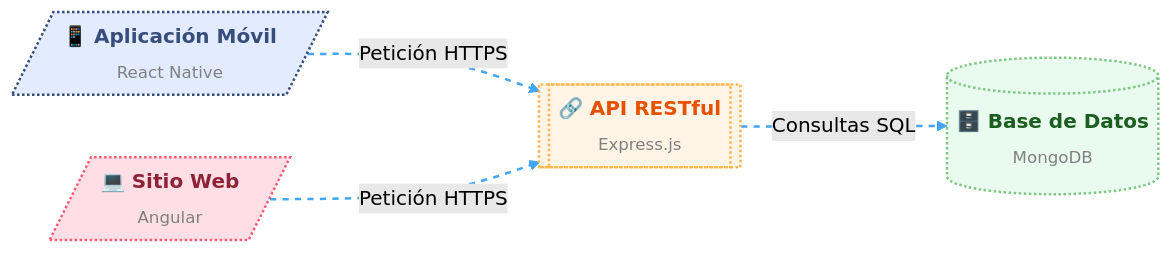
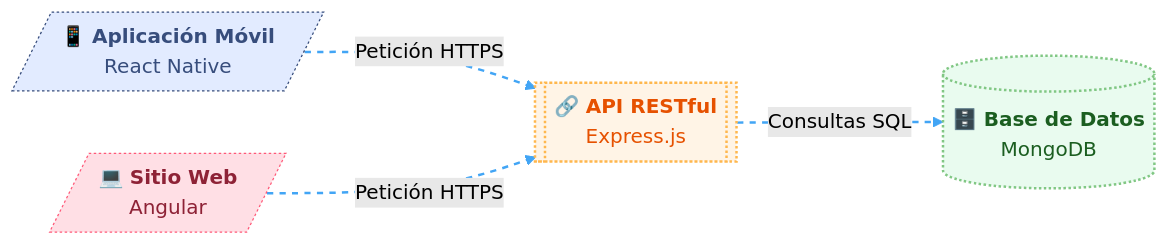
The diagram in README.md (JohnMata0427/Mobile-App-Flor-y-Cera), drawn with Mermaid (forest theme) before and after one commit. The commit also changed other lines of this file, not shown here.

````diff
--- a/README.md
+++ b/README.md
@@ -19,36 +19,25 @@
 ```mermaid
 flowchart LR
-        APP@{ label: "📱 **Aplicación Móvil**<br><sub style=\"color:gray\">React Native</sub>" }
-        WEB@{ label: "💻 **Sitio Web**<br><sub style=\"color:gray\">Angular</sub>" }
-        API@{ label: "🔗 **API RESTful**<br><sub style=\"color:gray\">Express.js</sub>" }
-        DB@{ label: "🗄️ **Base de Datos**<br><sub style=\"color:gray\">MongoDB</sub>" }
-    APP -. Petición HTTPS .-> API
-    WEB -. Petición HTTPS .-> API
-    API -. Consultas SQL .-> DB
+  APP@{ shape: lean-r, label: "📱 **Aplicación Móvil**<br>React Native" }
+  WEB@{ shape: lean-r, label: "💻 **Sitio Web**<br>Angular" }
+  API@{ shape: subproc, label: "🔗 **API RESTful**<br>Express.js" }
+  DB@{ shape: cylinder, label: "🗄️ **Base de Datos**<br>MongoDB" }
 
-    APP@{ shape: lean-r}
-    WEB@{ shape: lean-r}
-    API@{ shape: subproc}
-    DB@{ shape: cylinder}
-     APP:::application
-     APP:::Sky
-     WEB:::frontend
-     WEB:::Aqua
-     WEB:::Rose
-     API:::backend
-     DB:::db
-    classDef application fill:#E8F4FF,stroke:#90CAF9,stroke-width:2px,color:#0D47A1,shadow
-    classDef frontend fill:#F3F9FF,stroke:#64B5F6,stroke-width:2px,color:#0D47A1,shadow
-    classDef backend fill:#FFF4E6,stroke:#FFB74D,stroke-width:2px,color:#E65100,shadow
-    classDef db fill:#E9FBEF,stroke:#81C784,stroke-width:2px,color:#1B5E20,shadow
-    classDef Aqua stroke-width:1px, stroke-dasharray:none, stroke:#46EDC8, fill:#DEFFF8, color:#378E7A
-    classDef Sky stroke-width:1px, stroke-dasharray:none, stroke:#374D7C, fill:#E2EBFF, color:#374D7C
-    classDef Rose stroke-width:1px, stroke-dasharray:none, stroke:#FF5978, fill:#FFDFE5, color:#8E2236
-    style APP stroke-width:2px,stroke-dasharray: 2
-    style WEB stroke-width:2px,stroke-dasharray: 2
-    style API stroke-width:2px,stroke-dasharray: 2
-    style DB stroke-width:2px,stroke-dasharray: 2
-    linkStyle 0 stroke:#42A5F5,stroke-width:2px,fill:none,stroke-dasharray: 5 5
-    linkStyle 1 stroke:#42A5F5,stroke-width:2px,fill:none,stroke-dasharray: 5 5
-    linkStyle 2 stroke:#42A5F5,stroke-width:2px,fill:none,stroke-dasharray: 5 5
+  APP -. Petición HTTPS .-> API
+  WEB -. Petición HTTPS .-> API
+  API -. Consultas SQL .-> DB
+
+  APP:::application
+  WEB:::frontend
+  API:::backend
+  DB:::database
+
+  classDef application stroke-width:1px, stroke-dasharray:none, stroke:#374D7C, fill:#E2EBFF, color:#374D7C, stroke-dasharray: 2
+  classDef frontend stroke-width:1px, stroke-dasharray:none, stroke:#FF5978, fill:#FFDFE5, color:#8E2236, stroke-dasharray: 2
+  classDef backend fill:#FFF4E6,stroke:#FFB74D,stroke-width:2px,color:#E65100,shadow, stroke-dasharray: 2
+  classDef database fill:#E9FBEF,stroke:#81C784,stroke-width:2px,color:#1B5E20,shadow, stroke-dasharray: 2
+
+  linkStyle 0 stroke:#42A5F5,stroke-width:2px,fill:none,stroke-dasharray: 5 5
+  linkStyle 1 stroke:#42A5F5,stroke-width:2px,fill:none,stroke-dasharray: 5 5
+  linkStyle 2 stroke:#42A5F5,stroke-width:2px,fill:none,stroke-dasharray: 5 5
 ```
````
